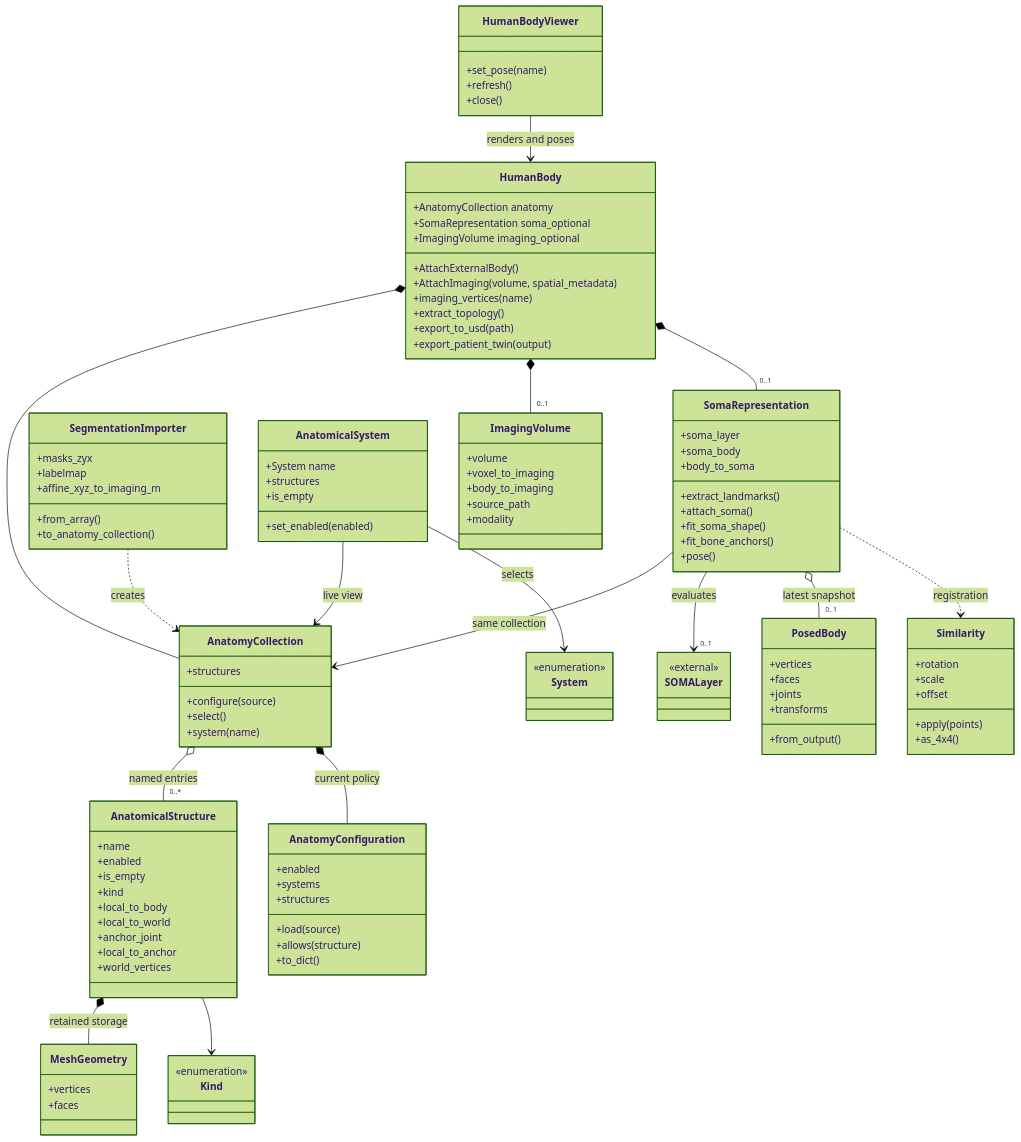
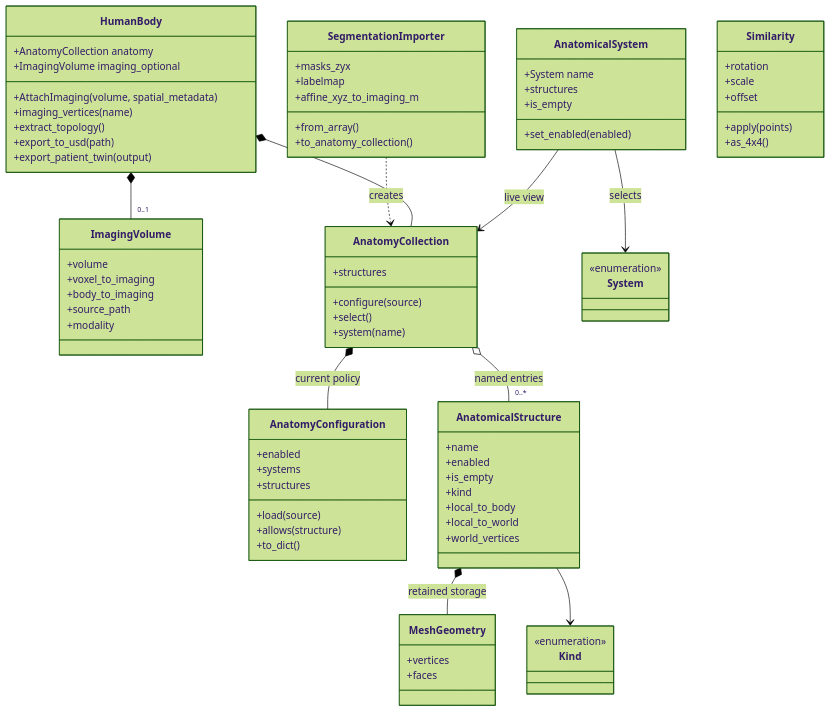
The diagram in patient-digital-twin/patient_digital_twin/README.md (isaac-for-healthcare/i4h-digital-twin), drawn with Mermaid (forest theme) before and after one commit. The commit also changed other lines of this file and 56 other files, not shown here.

Commit message:
Remove SOMA integration and pose viewer

````diff
--- a/patient-digital-twin/patient_digital_twin/README.md
+++ b/patient-digital-twin/patient_digital_twin/README.md
@@ -57,8 +49,6 @@
 
     class HumanBody {
         +AnatomyCollection anatomy
-        +SomaRepresentation soma_optional
-        +AttachExternalBody()
         +ImagingVolume imaging_optional
         +AttachImaging(volume, spatial_metadata)
         +imaging_vertices(name)
@@ -107,8 +97,6 @@
         +kind
         +local_to_body
         +local_to_world
-        +anchor_joint
-        +local_to_anchor
         +world_vertices
     }
     class MeshGeometry {
@@ -121,23 +109,6 @@
     class System {
         <<enumeration>>
     }
-    class SomaRepresentation {
-        +soma_layer
-        +soma_body
-        +body_to_soma
-        +extract_landmarks()
-        +attach_soma()
-        +fit_soma_shape()
-        +fit_bone_anchors()
-        +pose()
-    }
-    class PosedBody {
-        +vertices
-        +faces
-        +joints
-        +transforms
-        +from_output()
-    }
     class Similarity {
         +rotation
         +scale
@@ -145,28 +116,14 @@
         +apply(points)
         +as_4x4()
     }
-    class SOMALayer {
-        <<external>>
-    }
-    class HumanBodyViewer {
-        +set_pose(name)
-        +refresh()
-        +close()
-    }
 
     SegmentationImporter ..> AnatomyCollection : creates
     HumanBody *-- AnatomyCollection
     HumanBody *-- "0..1" ImagingVolume
-    HumanBody *-- "0..1" SomaRepresentation
-    SomaRepresentation --> AnatomyCollection : same collection
     AnatomyCollection o-- "0..*" AnatomicalStructure : named entries
     AnatomyCollection *-- AnatomyConfiguration : current policy
     AnatomicalSystem --> AnatomyCollection : live view
     AnatomicalSystem --> System : selects
     AnatomicalStructure *-- MeshGeometry : retained storage
     AnatomicalStructure --> Kind
-    SomaRepresentation --> "0..1" SOMALayer : evaluates
-    SomaRepresentation o-- "0..1" PosedBody : latest snapshot
-    SomaRepresentation ..> Similarity : registration
-    HumanBodyViewer --> HumanBody : renders and poses
 ```
````
